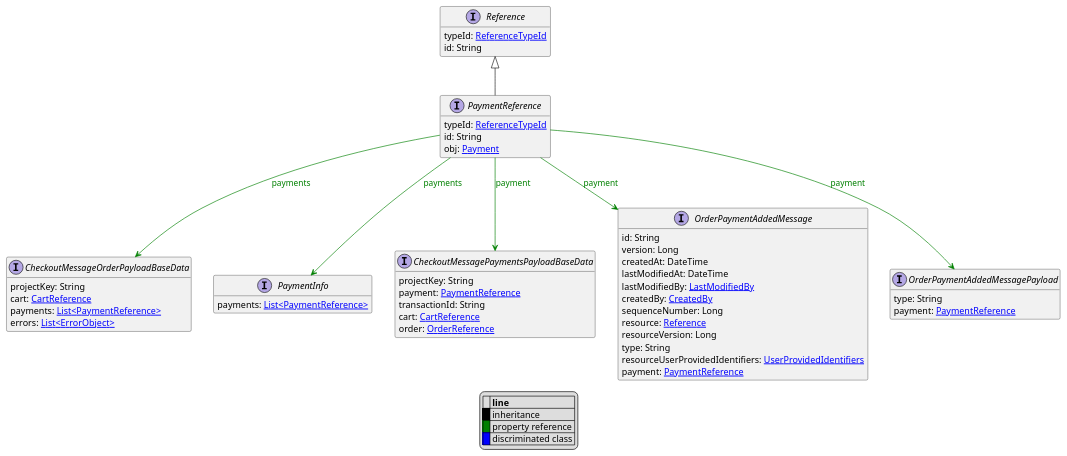
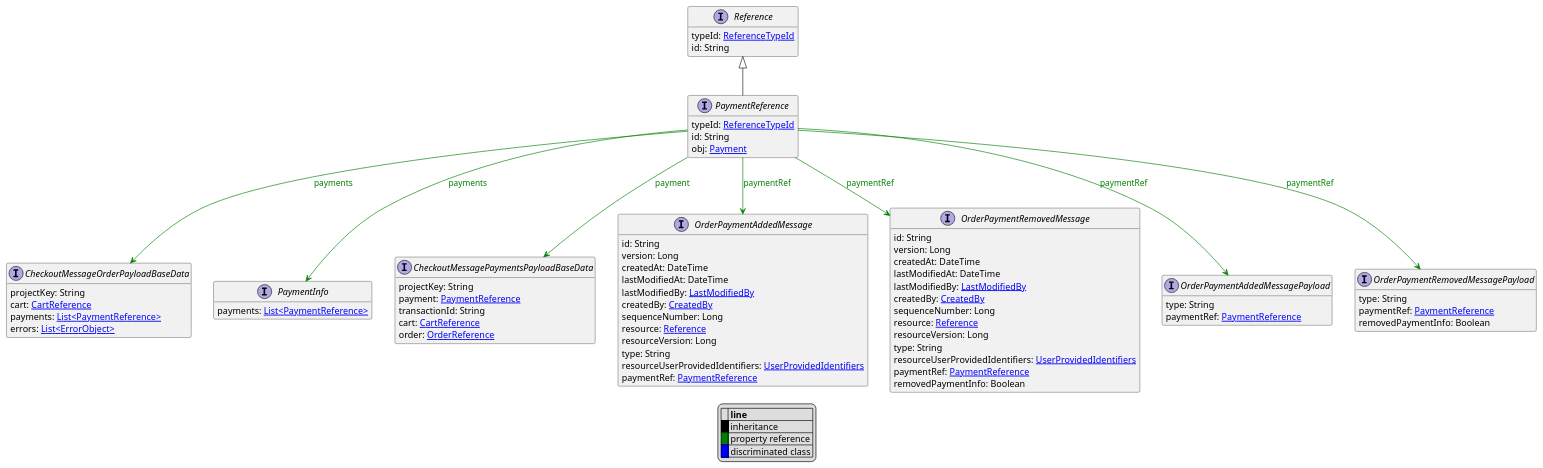
Before and after one commit to commercetools/commercetools-api-reference: the diagram in uml/api/PaymentReference.puml, drawn with PlantUML. The commit also changed 14 other files, not shown here.

```diff
--- a/uml/api/PaymentReference.puml
+++ b/uml/api/PaymentReference.puml
@@ -1,62 +1,84 @@
 @startuml
 
 hide empty fields
 hide empty methods
 legend
 |= |= line |
 |<back:black>   </back>| inheritance |
 |<back:green>   </back>| property reference |
 |<back:blue>   </back>| discriminated class |
 endlegend
 interface PaymentReference [[PaymentReference.svg]] extends Reference {
     typeId: [[ReferenceTypeId.svg ReferenceTypeId]]
     id: String
     obj: [[Payment.svg Payment]]
 }
 interface Reference [[Reference.svg]]  {
     typeId: [[ReferenceTypeId.svg ReferenceTypeId]]
     id: String
 }
 
 
 interface CheckoutMessageOrderPayloadBaseData [[CheckoutMessageOrderPayloadBaseData.svg]]  {
     projectKey: String
     cart: [[CartReference.svg CartReference]]
     payments: [[PaymentReference.svg List<PaymentReference>]]
     errors: [[ErrorObject.svg List<ErrorObject>]]
 }
 interface PaymentInfo [[PaymentInfo.svg]]  {
     payments: [[PaymentReference.svg List<PaymentReference>]]
 }
 interface CheckoutMessagePaymentsPayloadBaseData [[CheckoutMessagePaymentsPayloadBaseData.svg]]  {
     projectKey: String
     payment: [[PaymentReference.svg PaymentReference]]
     transactionId: String
     cart: [[CartReference.svg CartReference]]
     order: [[OrderReference.svg OrderReference]]
 }
 interface OrderPaymentAddedMessage [[OrderPaymentAddedMessage.svg]]  {
     id: String
     version: Long
     createdAt: DateTime
     lastModifiedAt: DateTime
     lastModifiedBy: [[LastModifiedBy.svg LastModifiedBy]]
     createdBy: [[CreatedBy.svg CreatedBy]]
     sequenceNumber: Long
     resource: [[Reference.svg Reference]]
     resourceVersion: Long
     type: String
     resourceUserProvidedIdentifiers: [[UserProvidedIdentifiers.svg UserProvidedIdentifiers]]
-    payment: [[PaymentReference.svg PaymentReference]]
+    paymentRef: [[PaymentReference.svg PaymentReference]]
+}
+interface OrderPaymentRemovedMessage [[OrderPaymentRemovedMessage.svg]]  {
+    id: String
+    version: Long
+    createdAt: DateTime
+    lastModifiedAt: DateTime
+    lastModifiedBy: [[LastModifiedBy.svg LastModifiedBy]]
+    createdBy: [[CreatedBy.svg CreatedBy]]
+    sequenceNumber: Long
+    resource: [[Reference.svg Reference]]
+    resourceVersion: Long
+    type: String
+    resourceUserProvidedIdentifiers: [[UserProvidedIdentifiers.svg UserProvidedIdentifiers]]
+    paymentRef: [[PaymentReference.svg PaymentReference]]
+    removedPaymentInfo: Boolean
 }
 interface OrderPaymentAddedMessagePayload [[OrderPaymentAddedMessagePayload.svg]]  {
     type: String
-    payment: [[PaymentReference.svg PaymentReference]]
+    paymentRef: [[PaymentReference.svg PaymentReference]]
+}
+interface OrderPaymentRemovedMessagePayload [[OrderPaymentRemovedMessagePayload.svg]]  {
+    type: String
+    paymentRef: [[PaymentReference.svg PaymentReference]]
+    removedPaymentInfo: Boolean
 }
 
 PaymentReference --> CheckoutMessageOrderPayloadBaseData #green;text:green : "payments"
 PaymentReference --> PaymentInfo #green;text:green : "payments"
 PaymentReference --> CheckoutMessagePaymentsPayloadBaseData #green;text:green : "payment"
-PaymentReference --> OrderPaymentAddedMessage #green;text:green : "payment"
-PaymentReference --> OrderPaymentAddedMessagePayload #green;text:green : "payment"
+PaymentReference --> OrderPaymentAddedMessage #green;text:green : "paymentRef"
+PaymentReference --> OrderPaymentRemovedMessage #green;text:green : "paymentRef"
+PaymentReference --> OrderPaymentAddedMessagePayload #green;text:green : "paymentRef"
+PaymentReference --> OrderPaymentRemovedMessagePayload #green;text:green : "paymentRef"
 @enduml
```
